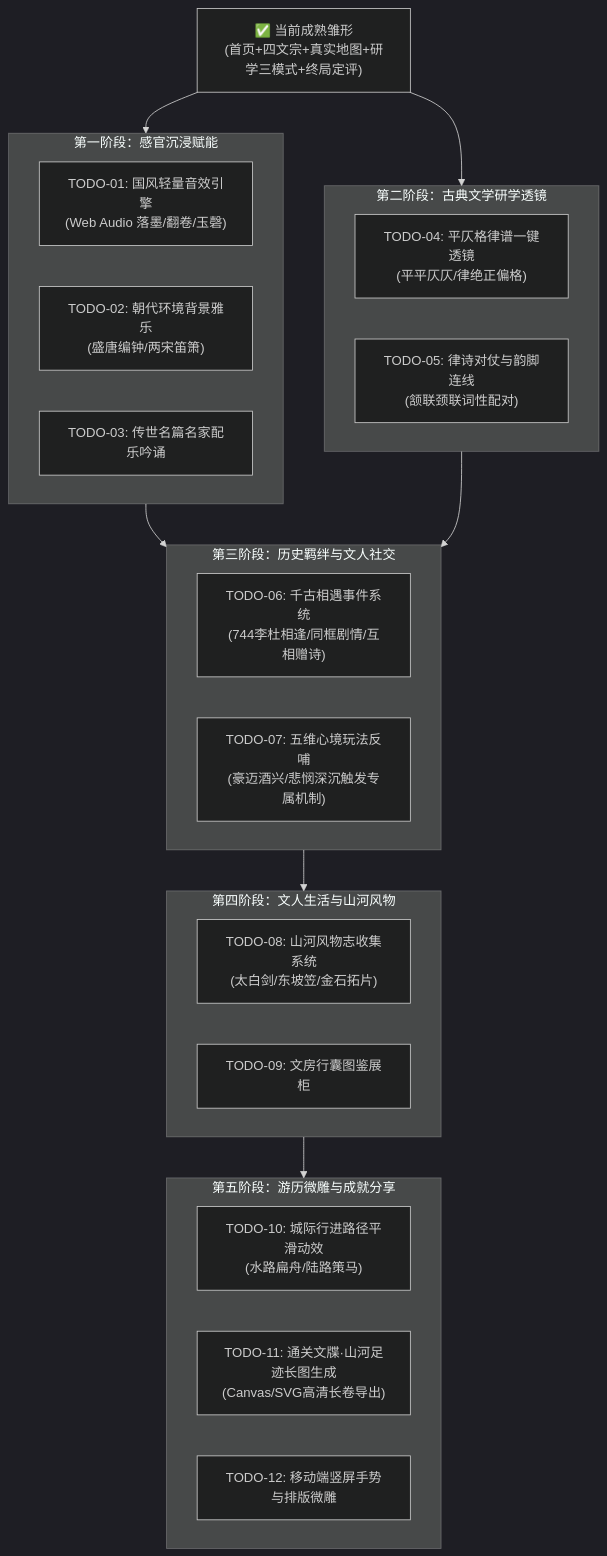
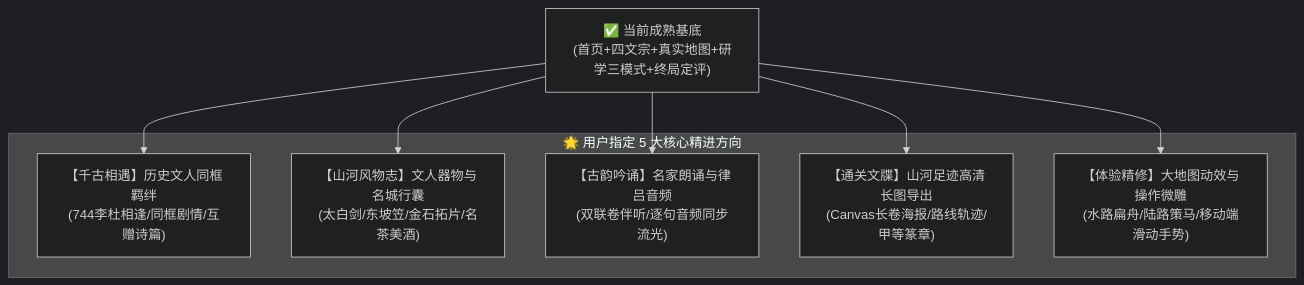
One commit to redesperado/poems changed the diagram in doc/TODO_ROADMAP.md. Above: the diagram before and after it, drawn with Mermaid (dark theme). The commit also changed other lines of this file, not shown here.

Commit message:
docs: enrich TODO roadmap with user-specified 5 core modules

````diff
--- a/doc/TODO_ROADMAP.md
+++ b/doc/TODO_ROADMAP.md
@@ -9,38 +9,18 @@
 ```mermaid
 flowchart TD
-    Current["✅ 当前成熟雏形<br>(首页+四文宗+真实地图+研学三模式+终局定评)"]
-    
-    subgraph P1["第一阶段：感官沉浸赋能"]
-        A1["TODO-01: 国风轻量音效引擎<br>(Web Audio 落墨/翻卷/玉磬)"]
-        A2["TODO-02: 朝代环境背景雅乐<br>(盛唐编钟/两宋笛箫)"]
-        A3["TODO-03: 传世名篇名家配乐吟诵"]
+    Current["✅ 当前成熟基底<br>(首页+四文宗+真实地图+研学三模式+终局定评)"]
+
+    subgraph Core5["🌟 用户指定 5 大核心精进方向"]
+        F1["【千古相遇】历史文人同框羁绊<br>(744李杜相逢/同框剧情/互赠诗篇)"]
+        F2["【山河风物志】文人器物与名城行囊<br>(太白剑/东坡笠/金石拓片/名茶美酒)"]
+        F3["【古韵吟诵】名家朗诵与律吕音频<br>(双联卷伴听/逐句音频同步流光)"]
+        F4["【通关文牒】山河足迹高清长图导出<br>(Canvas长卷海报/路线轨迹/甲等篆章)"]
+        F5["【体验精修】大地图动效与操作微雕<br>(水路扁舟/陆路策马/移动端滑动手势)"]
     end
 
-    subgraph P2["第二阶段：古典文学研学透镜"]
-        B1["TODO-04: 平仄格律谱一键透镜<br>(平平仄仄/律绝正偏格)"]
-        B2["TODO-05: 律诗对仗与韵脚连线<br>(颔联颈联词性配对)"]
-    end
-
-    subgraph P3["第三阶段：历史羁绊与文人社交"]
-        C1["TODO-06: 千古相遇事件系统<br>(744李杜相逢/同框剧情/互相赠诗)"]
-        C2["TODO-07: 五维心境玩法反哺<br>(豪迈酒兴/悲悯深沉触发专属机制)"]
-    end
-
-    subgraph P4["第四阶段：文人生活与山河风物"]
-        D1["TODO-08: 山河风物志收集系统<br>(太白剑/东坡笠/金石拓片)"]
-        D2["TODO-09: 文房行囊图鉴展柜"]
-    end
-
-    subgraph P5["第五阶段：游历微雕与成就分享"]
-        E1["TODO-10: 城际行进路径平滑动效<br>(水路扁舟/陆路策马)"]
-        E2["TODO-11: 通关文牒·山河足迹长图生成<br>(Canvas/SVG高清长卷导出)"]
-        E3["TODO-12: 移动端竖屏手势与排版微雕"]
-    end
-
-    Current --> P1
-    Current --> P2
-    P1 --> P3
-    P2 --> P3
-    P3 --> P4
-    P4 --> P5
+    Current --> F1
+    Current --> F2
+    Current --> F3
+    Current --> F4
+    Current --> F5
 ```
````
